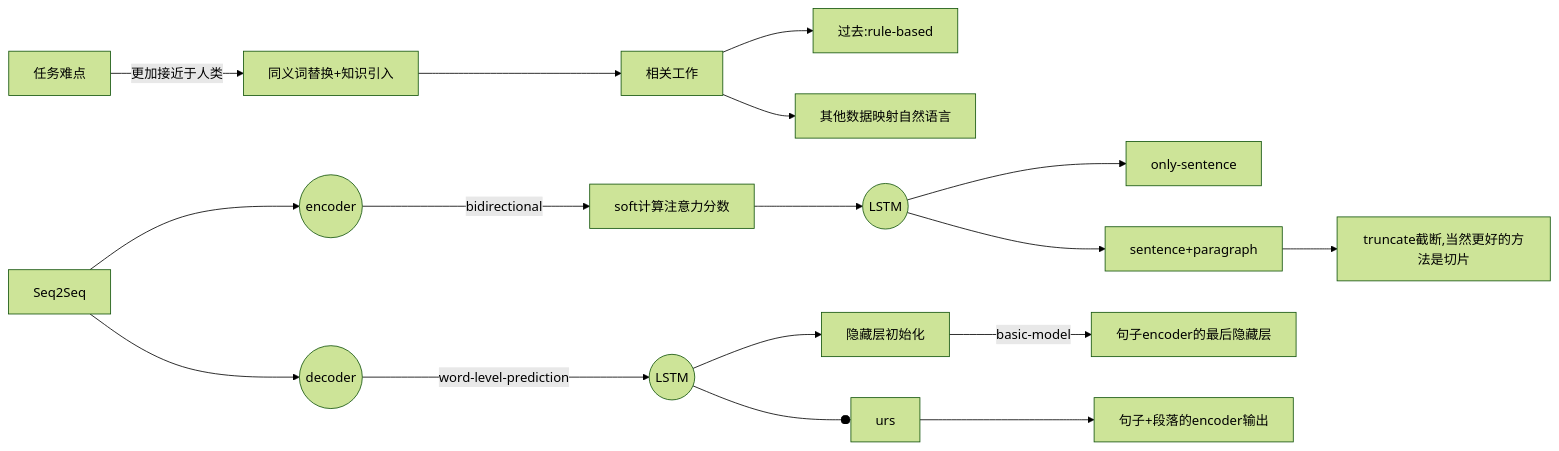
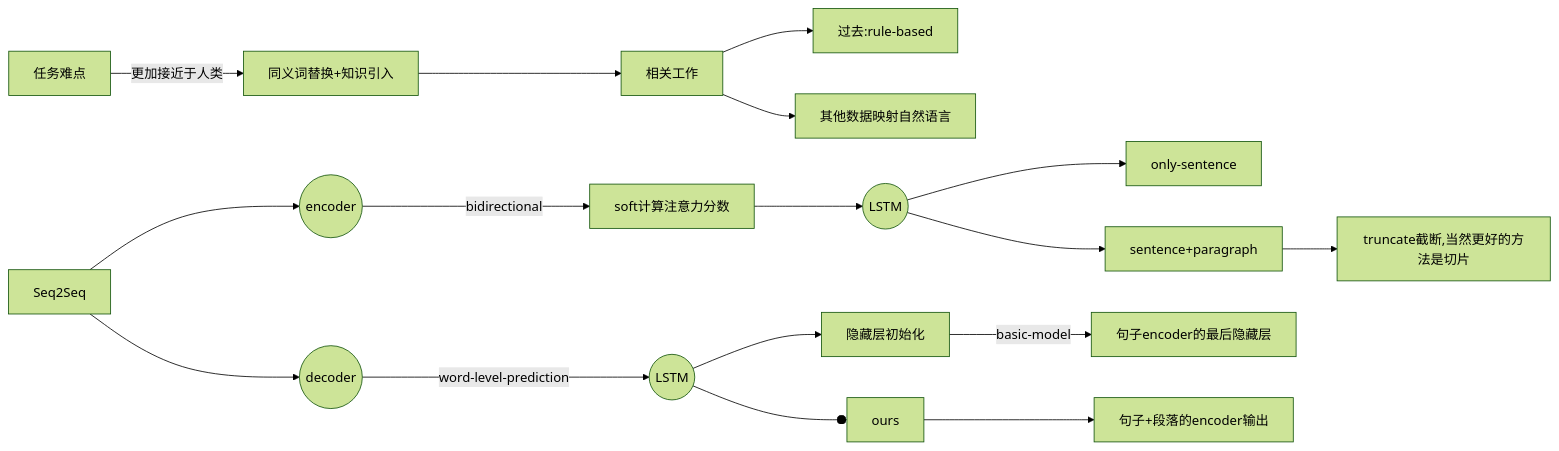
Before and after one commit to Gary-code/KETG-paper-reading: the first of 2 diagrams in README.md, drawn with Mermaid (forest theme). The commit also changed other lines of this file, not shown here.

````diff
--- a/README.md
+++ b/README.md
@@ -24,13 +24,13 @@
 ```mermaid
 graph LR
 任务难点 --更加接近于人类--> 同义词替换+知识引入 --> 相关工作 --> 过去:rule-based 
 相关工作 --> 其他数据映射自然语言
 
 Seq2Seq --> en((encoder)) --bidirectional--> soft计算注意力分数 --> lstm((LSTM))  --> only-sentence
 lstm --> sentence+paragraph --> truncate截断,当然更好的方法是切片
 
 Seq2Seq --> de((decoder)) --word-level-prediction--> LSTM((LSTM)) --> 隐藏层初始化 --basic-model --> 句子encoder的最后隐藏层
-LSTM --ours--> 句子+段落的encoder输出
+LSTM --oours--> 句子+段落的encoder输出
 
 
 ```
````
